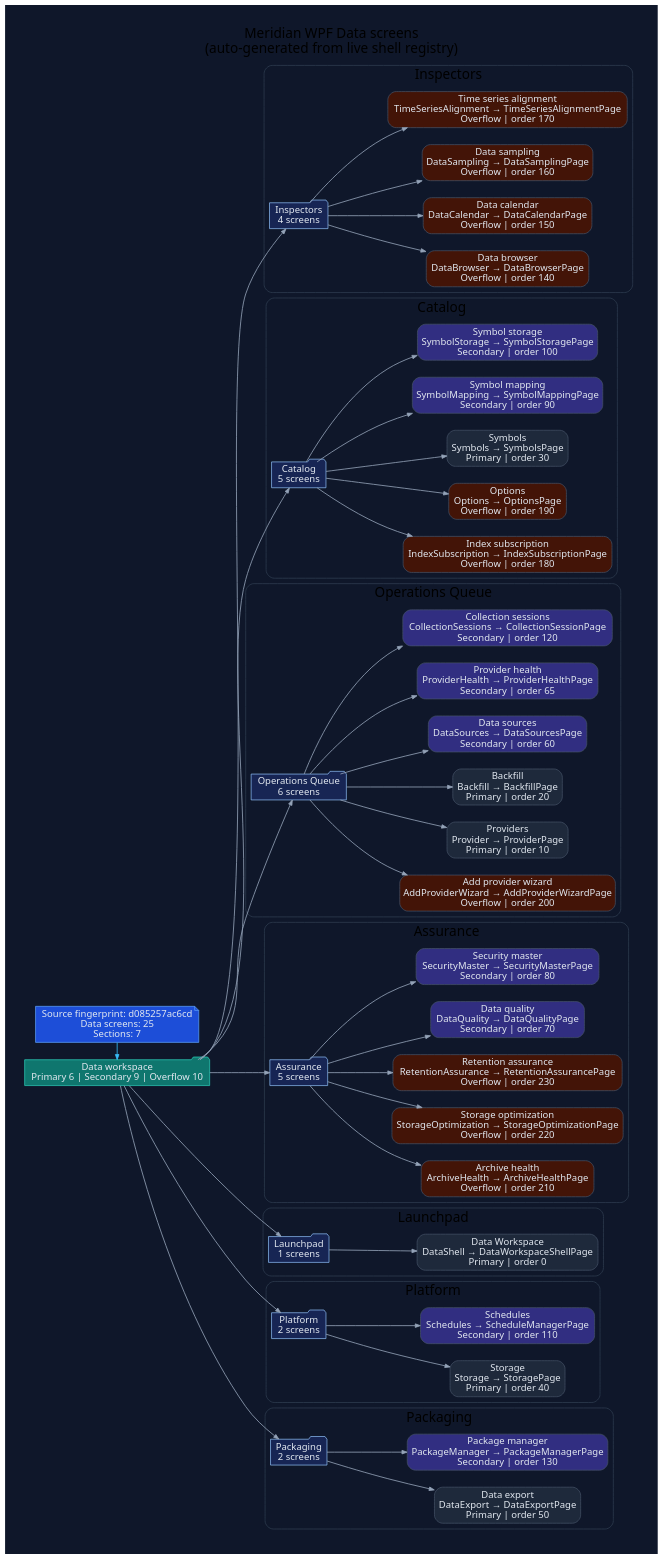
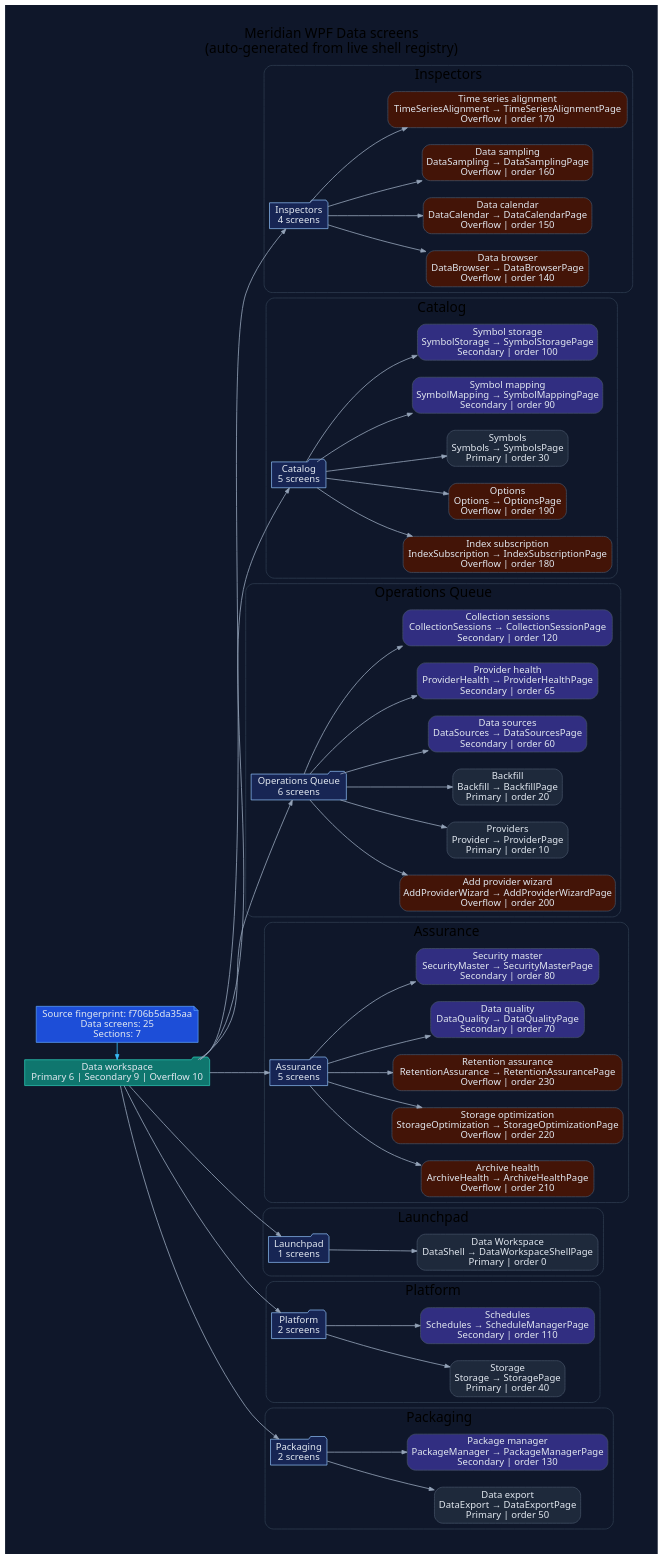
Before and after one commit to rodoHasArrived/Meridian-main: the diagram in docs/diagrams/ui-wpf-screens-data.dot, drawn with Graphviz. The commit also changed 430 other files, not shown here.

```diff
--- a/docs/diagrams/ui-wpf-screens-data.dot
+++ b/docs/diagrams/ui-wpf-screens-data.dot
@@ -1,132 +1,132 @@
 // -----------------------------------------------------------------------------
 // <auto-generated>
 // Generated by scripts/generate-diagrams.mjs.
 // Do not edit this file directly; update the WPF source files instead.
 // -----------------------------------------------------------------------------
 digraph WpfDataScreens {
   graph [
     rankdir=LR,
     labelloc=t,
     label="Meridian WPF Data screens\n(auto-generated from live shell registry)",
     fontname="Segoe UI",
     fontsize=20,
     pad=0.4,
     nodesep=0.35,
     ranksep=0.85,
     bgcolor="#0f172a"
   ];
   node [fontname="Segoe UI", shape=box, style="rounded,filled", color="#475569", fontcolor="#e2e8f0", fillcolor="#1e293b"];
   edge [fontname="Segoe UI", color="#94a3b8", penwidth=1.2, arrowsize=0.75];
 
-  generated [shape=note, fillcolor="#1d4ed8", color="#60a5fa", label="Source fingerprint: d085257ac6cd\nData screens: 25\nSections: 7"];
+  generated [shape=note, fillcolor="#1d4ed8", color="#60a5fa", label="Source fingerprint: f706b5da35aa\nData screens: 25\nSections: 7"];
   workspace [shape=folder, fillcolor="#0f766e", color="#2dd4bf", label="Data workspace\nPrimary 6 | Secondary 9 | Overflow 10"];
   generated -> workspace [color="#38bdf8"];
 
   subgraph cluster_section_1 {
     label="Inspectors";
     color="#334155";
     style="rounded";
     section_1 [shape=folder, fillcolor="#172554", color="#93c5fd", label="Inspectors\n4 screens"];
     workspace -> section_1;
     screen_DataBrowser [fillcolor="#431407", label="Data browser\nDataBrowser → DataBrowserPage\nOverflow | order 140"];
     section_1 -> screen_DataBrowser;
     screen_DataCalendar [fillcolor="#431407", label="Data calendar\nDataCalendar → DataCalendarPage\nOverflow | order 150"];
     section_1 -> screen_DataCalendar;
     screen_DataSampling [fillcolor="#431407", label="Data sampling\nDataSampling → DataSamplingPage\nOverflow | order 160"];
     section_1 -> screen_DataSampling;
     screen_TimeSeriesAlignment [fillcolor="#431407", label="Time series alignment\nTimeSeriesAlignment → TimeSeriesAlignmentPage\nOverflow | order 170"];
     section_1 -> screen_TimeSeriesAlignment;
   }
 
   subgraph cluster_section_2 {
     label="Catalog";
     color="#334155";
     style="rounded";
     section_2 [shape=folder, fillcolor="#172554", color="#93c5fd", label="Catalog\n5 screens"];
     workspace -> section_2;
     screen_IndexSubscription [fillcolor="#431407", label="Index subscription\nIndexSubscription → IndexSubscriptionPage\nOverflow | order 180"];
     section_2 -> screen_IndexSubscription;
     screen_Options [fillcolor="#431407", label="Options\nOptions → OptionsPage\nOverflow | order 190"];
     section_2 -> screen_Options;
     screen_Symbols [fillcolor="#1e293b", label="Symbols\nSymbols → SymbolsPage\nPrimary | order 30"];
     section_2 -> screen_Symbols;
     screen_SymbolMapping [fillcolor="#312e81", label="Symbol mapping\nSymbolMapping → SymbolMappingPage\nSecondary | order 90"];
     section_2 -> screen_SymbolMapping;
     screen_SymbolStorage [fillcolor="#312e81", label="Symbol storage\nSymbolStorage → SymbolStoragePage\nSecondary | order 100"];
     section_2 -> screen_SymbolStorage;
   }
 
   subgraph cluster_section_3 {
     label="Operations Queue";
     color="#334155";
     style="rounded";
     section_3 [shape=folder, fillcolor="#172554", color="#93c5fd", label="Operations Queue\n6 screens"];
     workspace -> section_3;
     screen_AddProviderWizard [fillcolor="#431407", label="Add provider wizard\nAddProviderWizard → AddProviderWizardPage\nOverflow | order 200"];
     section_3 -> screen_AddProviderWizard;
     screen_Provider [fillcolor="#1e293b", label="Providers\nProvider → ProviderPage\nPrimary | order 10"];
     section_3 -> screen_Provider;
     screen_Backfill [fillcolor="#1e293b", label="Backfill\nBackfill → BackfillPage\nPrimary | order 20"];
     section_3 -> screen_Backfill;
     screen_DataSources [fillcolor="#312e81", label="Data sources\nDataSources → DataSourcesPage\nSecondary | order 60"];
     section_3 -> screen_DataSources;
     screen_ProviderHealth [fillcolor="#312e81", label="Provider health\nProviderHealth → ProviderHealthPage\nSecondary | order 65"];
     section_3 -> screen_ProviderHealth;
     screen_CollectionSessions [fillcolor="#312e81", label="Collection sessions\nCollectionSessions → CollectionSessionPage\nSecondary | order 120"];
     section_3 -> screen_CollectionSessions;
   }
 
   subgraph cluster_section_4 {
     label="Assurance";
     color="#334155";
     style="rounded";
     section_4 [shape=folder, fillcolor="#172554", color="#93c5fd", label="Assurance\n5 screens"];
     workspace -> section_4;
     screen_ArchiveHealth [fillcolor="#431407", label="Archive health\nArchiveHealth → ArchiveHealthPage\nOverflow | order 210"];
     section_4 -> screen_ArchiveHealth;
     screen_StorageOptimization [fillcolor="#431407", label="Storage optimization\nStorageOptimization → StorageOptimizationPage\nOverflow | order 220"];
     section_4 -> screen_StorageOptimization;
     screen_RetentionAssurance [fillcolor="#431407", label="Retention assurance\nRetentionAssurance → RetentionAssurancePage\nOverflow | order 230"];
     section_4 -> screen_RetentionAssurance;
     screen_DataQuality [fillcolor="#312e81", label="Data quality\nDataQuality → DataQualityPage\nSecondary | order 70"];
     section_4 -> screen_DataQuality;
     screen_SecurityMaster [fillcolor="#312e81", label="Security master\nSecurityMaster → SecurityMasterPage\nSecondary | order 80"];
     section_4 -> screen_SecurityMaster;
   }
 
   subgraph cluster_section_5 {
     label="Launchpad";
     color="#334155";
     style="rounded";
     section_5 [shape=folder, fillcolor="#172554", color="#93c5fd", label="Launchpad\n1 screens"];
     workspace -> section_5;
     screen_DataShell [fillcolor="#1e293b", label="Data Workspace\nDataShell → DataWorkspaceShellPage\nPrimary | order 0"];
     section_5 -> screen_DataShell;
   }
 
   subgraph cluster_section_6 {
     label="Platform";
     color="#334155";
     style="rounded";
     section_6 [shape=folder, fillcolor="#172554", color="#93c5fd", label="Platform\n2 screens"];
     workspace -> section_6;
     screen_Storage [fillcolor="#1e293b", label="Storage\nStorage → StoragePage\nPrimary | order 40"];
     section_6 -> screen_Storage;
     screen_Schedules [fillcolor="#312e81", label="Schedules\nSchedules → ScheduleManagerPage\nSecondary | order 110"];
     section_6 -> screen_Schedules;
   }
 
   subgraph cluster_section_7 {
     label="Packaging";
     color="#334155";
     style="rounded";
     section_7 [shape=folder, fillcolor="#172554", color="#93c5fd", label="Packaging\n2 screens"];
     workspace -> section_7;
     screen_DataExport [fillcolor="#1e293b", label="Data export\nDataExport → DataExportPage\nPrimary | order 50"];
     section_7 -> screen_DataExport;
     screen_PackageManager [fillcolor="#312e81", label="Package manager\nPackageManager → PackageManagerPage\nSecondary | order 130"];
     section_7 -> screen_PackageManager;
   }
 
   { rank=min; generated; workspace; }
 }
```
